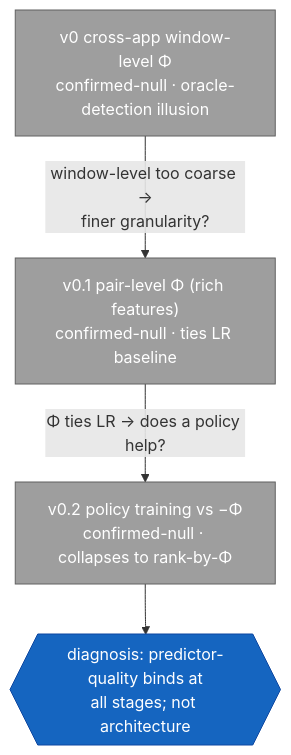
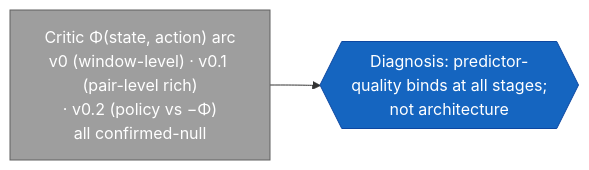
Before and after one commit to sughodke/StockSurvey: the ninth of 12 diagrams in apps/docs/docs/map.md, drawn with Mermaid. The commit also changed other lines of this file and 52 other files, not shown here.

````diff
--- a/apps/docs/docs/map.md
+++ b/apps/docs/docs/map.md
@@ -218,14 +380,9 @@
 ```mermaid
-flowchart TD
-    c0["v0 cross-app window-level Φ<br/>confirmed-null · oracle-detection illusion"]:::cnull
-    c01["v0.1 pair-level Φ (rich features)<br/>confirmed-null · ties LR baseline"]:::cnull
-    c02["v0.2 policy training vs −Φ<br/>confirmed-null · collapses to rank-by-Φ"]:::cnull
-    ins{{"diagnosis: predictor-quality binds at<br/>all stages; not architecture"}}:::diag
-
-    c0 -->|"window-level too coarse →<br/>finer granularity?"| c01
-    c01 -->|"Φ ties LR → does a policy help?"| c02
-    c02 --> ins
-
+flowchart LR
+    crit["Critic Φ(state, action) arc<br/>v0 (window-level) · v0.1 (pair-level rich)<br/>· v0.2 (policy vs −Φ)<br/>all confirmed-null"]:::cnull
+    ins{{"Diagnosis: predictor-quality binds at all stages;<br/>not architecture"}}:::diag
+    crit --> ins
+    click crit "../findings/critic-phi-quality-v0.md"
     classDef cnull fill:#9e9e9e,stroke:#616161,color:#fff
     classDef diag fill:#1565c0,stroke:#0d47a1,color:#fff
 ```
````
